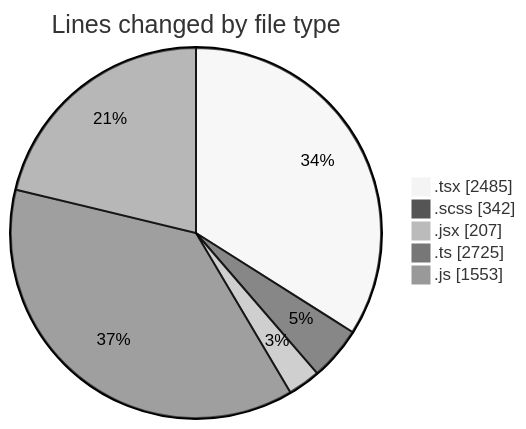
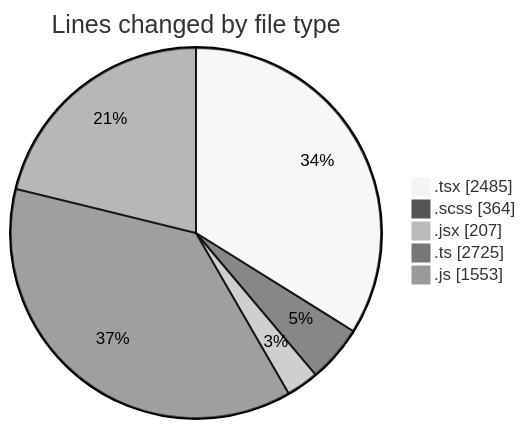
Before and after one commit to momahboobian/code-tracking: the first of 2 diagrams in 2026-07-23/cda/README.md, drawn with Mermaid (neutral theme). The commit also changed other lines of this file and 1 other file, not shown here.

````diff
--- a/2026-07-23/cda/README.md
+++ b/2026-07-23/cda/README.md
@@ -40,9 +40,9 @@
 ```mermaid
 pie showData
 title Lines changed by file type
 ".tsx" : 2485
-".scss" : 342
+".scss" : 364
 ".jsx" : 207
 ".ts" : 2725
 ".js" : 1553
 ```
````
